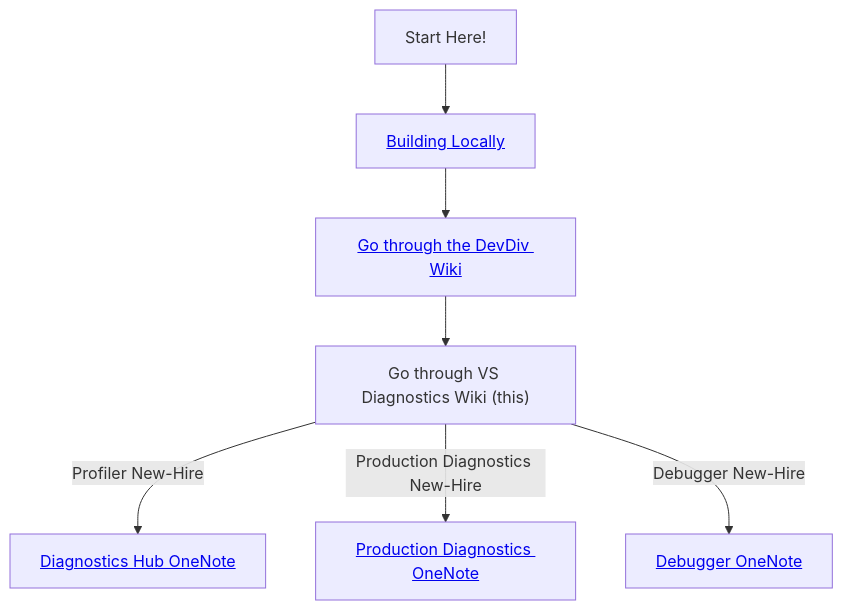
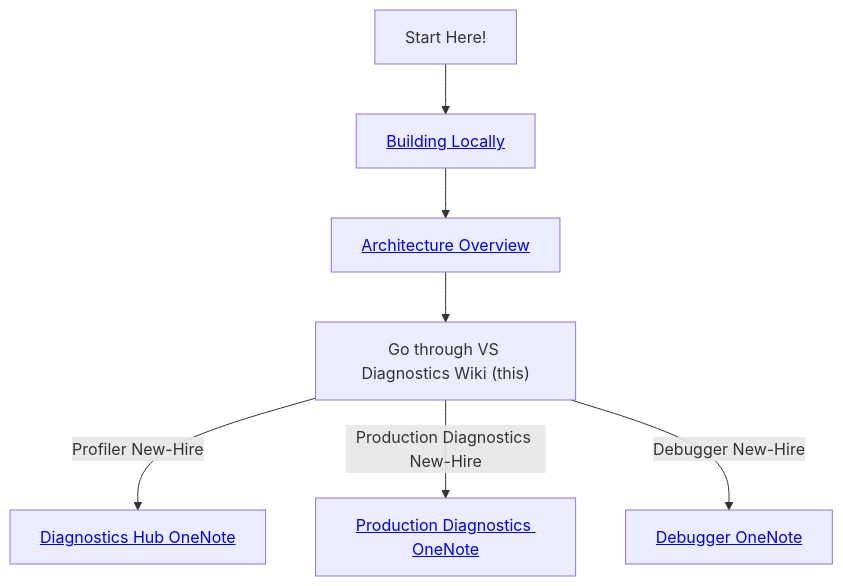
Before and after one commit to dotnet/dotnet-monitor: the diagram in documentation/learningPath/README.md, drawn with Mermaid.

````diff
--- a/documentation/learningPath/README.md
+++ b/documentation/learningPath/README.md
@@ -8,9 +8,9 @@
 ```mermaid
 graph TD
     B[Start Here!] --> C[<a href='https://github.com/dotnet/dotnet-monitor/blob/main/documentation/building.md'>Building Locally</a>]
-    C --> D[<a href='https://dev.azure.com/devdiv/DevDiv/_wiki/wikis/DevDiv.wiki/524/DevDiv-Wiki-Home'>Go through the DevDiv Wiki</a>]
+    C --> D[<a href='https://dev.azure.com/devdiv/DevDiv/_wiki/wikis/DevDiv.wiki/524/DevDiv-Wiki-Home'>Architecture Overview</a>]
     D --> E["Go through VS Diagnostics Wiki (this)"]
     E --> |Profiler New-Hire| F[<a href='https://microsoft.sharepoint.com/:o:/r/teams/VisualStudioProductTeam/_layouts/15/Doc.aspx?sourcedoc=%7B1B956597-4B0E-4150-A3AF-1C8327205C26%7D&file=Diagnostics%20Hub&action=edit&mobileredirect=true&wdorigin=Sharepoint'>Diagnostics Hub OneNote</a>]
     E --> |Production Diagnostics New-Hire| G[<a href='https://microsoft.sharepoint.com/teams/VisualStudioProductTeam/Shared%20Documents/Forms/AllItems.aspx?id=%2Fteams%2FVisualStudioProductTeam%2FShared%20Documents%2FVS%20Diagnostics%2FProduction%20Diagnostics%2F%5FOneNote&viewid=fc0feb05%2D8384%2D4621%2Da946%2D71f556fd73ec'>Production Diagnostics OneNote</a>]
     E --> |Debugger New-Hire| H["<a href='https://microsoft.sharepoint.com/teams/VisualStudioProductTeam/_layouts/15/Doc.aspx?sourcedoc={62985f92-d727-4d94-a965-15931f382492}'>Debugger OneNote</a>"]
 ```
````
